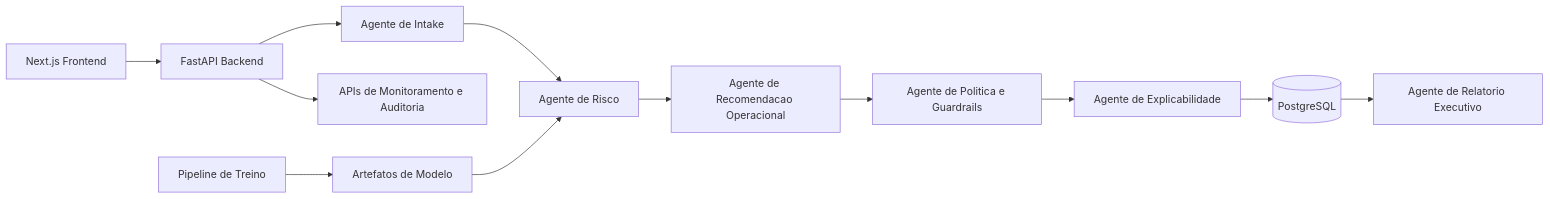
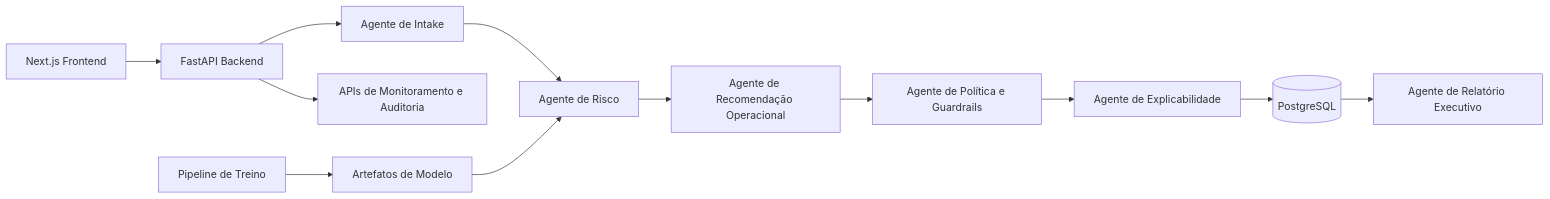
Before and after one commit to murylomarques/FieldOps-Sentinel-AI: the diagram in README.md, drawn with Mermaid. The commit also changed other lines of this file, not shown here.

````diff
--- a/README.md
+++ b/README.md
@@ -33,14 +33,14 @@
 ```mermaid
 flowchart LR
   UI[Next.js Frontend] --> API[FastAPI Backend]
   API --> IA[Agente de Intake]
   IA --> RS[Agente de Risco]
-  RS --> DR[Agente de Recomendacao Operacional]
-  DR --> PG[Agente de Politica e Guardrails]
+  RS --> DR[Agente de Recomendação Operacional]
+  DR --> PG[Agente de Política e Guardrails]
   PG --> EX[Agente de Explicabilidade]
   EX --> DB[(PostgreSQL)]
-  DB --> ER[Agente de Relatorio Executivo]
+  DB --> ER[Agente de Relatório Executivo]
   API --> MON[APIs de Monitoramento e Auditoria]
   ML[Pipeline de Treino] --> ART[Artefatos de Modelo]
   ART --> RS
 ```
````
